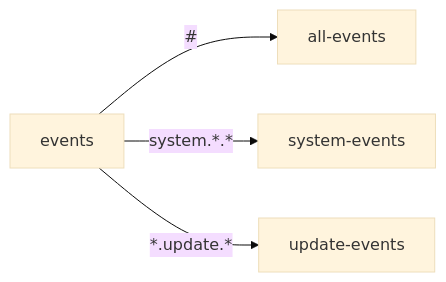
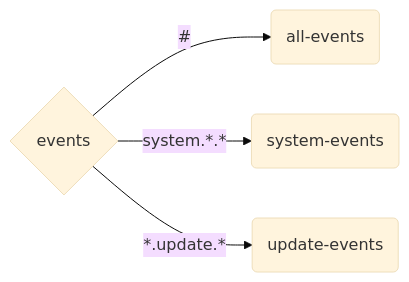
The second of 2 diagrams in README.md (DBProductions/rabbitmq-cluster), drawn with Mermaid (base theme) before and after one commit. The commit also changed other lines of this file and 3 other files, not shown here.

````diff
--- a/README.md
+++ b/README.md
@@ -146,6 +146,6 @@
 ```mermaid
-  flowchart LR;
-      events-->|#| all-events;
-      events-->|system.*.*| system-events;
-      events-->|*.update.*| update-events;
+  flowchart LR
+    A{events} -->|#| B(all-events)
+    A --> |system.*.*| C(system-events)
+    A -->|*.update.*| D(update-events)
 ```
````
